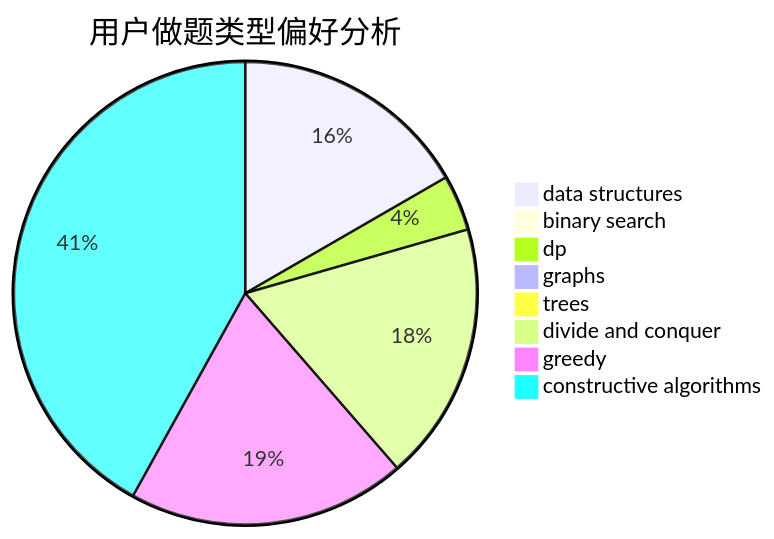
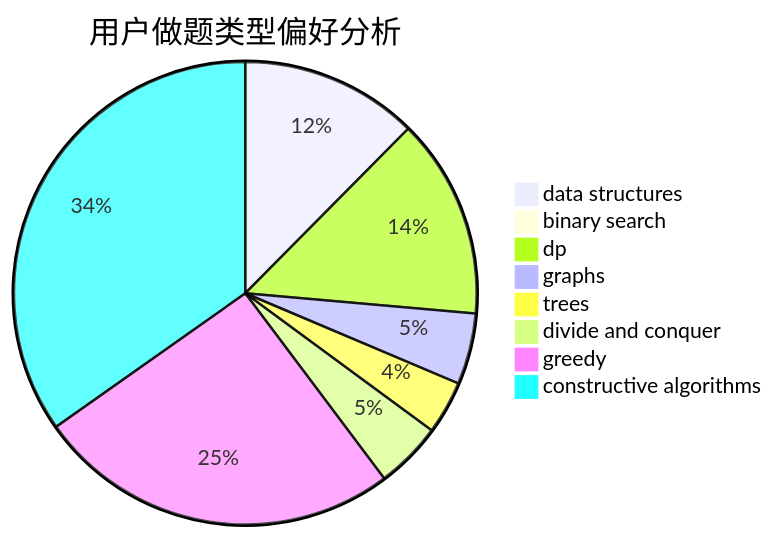
The second of 3 diagrams in docs/user/u1783.md (sherpahu/cfrs.github.io), drawn with Mermaid before and after one commit. The commit also changed other lines of this file and 2770 other files, not shown here.

````diff
--- a/docs/user/u1783.md
+++ b/docs/user/u1783.md
@@ -23,11 +23,11 @@
 ```mermaid
 pie title 用户做题类型偏好分析
-    "data structures" :  60
-    "binary search" :  1
-    "dp" :  14
-    "graphs" :  3
-    "trees" :  2
-    "divide and conquer" :  65
-    "greedy" :  70
-    "constructive algorithms" :  151
+    "data structures" :  40
+    "binary search" :  3
+    "dp" :  45
+    "graphs" :  16
+    "trees" :  12
+    "divide and conquer" :  15
+    "greedy" :  82
+    "constructive algorithms" :  112
 ```
````
